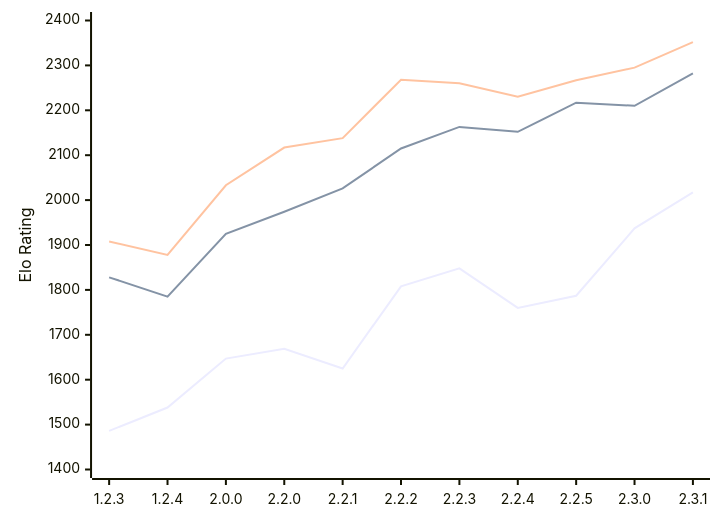
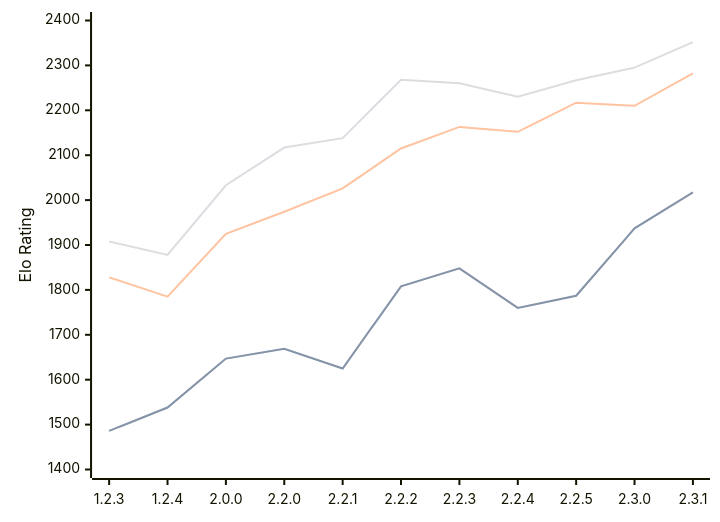
Before and after one commit to computer-chess-index/cci: the first of 2 diagrams in engines/Kreveta.md, drawn with Mermaid. The commit also changed other lines of this file, not shown here.

````diff
--- a/engines/Kreveta.md
+++ b/engines/Kreveta.md
@@ -43,8 +43,9 @@
 ```mermaid
 xychart-beta
   x-axis ["1.2.3", "1.2.4", "2.0.0", "2.2.0", "2.2.1", "2.2.2", "2.2.3", "2.2.4", "2.2.5", "2.3.0", "2.3.1"]
   y-axis "Elo Rating" 1400 --> 2400
   line "① STC (8.0+0.08s)" [1486, 1538, 1647, 1669, 1625, 1808, 1848, 1760, 1787, 1937, 2017]
+  line "① STC (8.0+0.08s)" [1486, 1538, 1647, 1669, 1625, 1808, 1848, 1760, 1787, 1937, 2017]
   line "② LTC (60.0+0.60s)" [1828, 1785, 1925, 1974, 2026, 2115, 2163, 2152, 2217, 2210, 2282]
   line "③ VLTC (2m24s+1.12s)" [1908, 1878, 2033, 2117, 2138, 2268, 2260, 2230, 2267, 2295, 2352]
 ```
````
